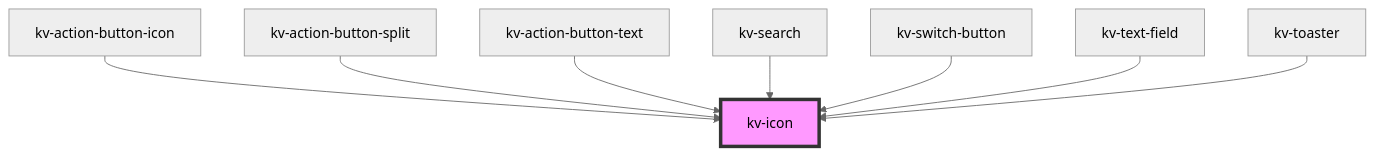
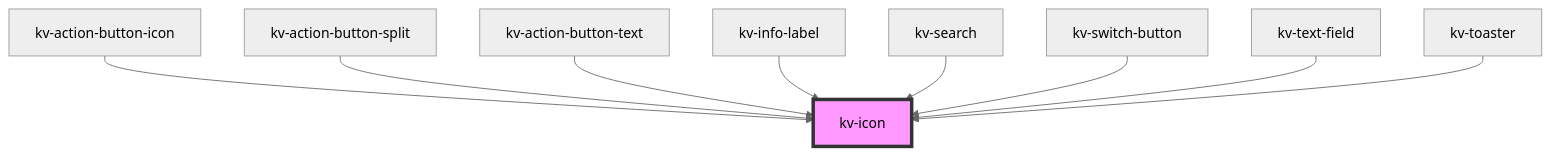
The diagram in packages/ui-components/src/components/icon/readme.md (kelvininc/ui-components), drawn with Mermaid (neutral theme) before and after one commit. The commit also changed other lines of this file and 18 other files, not shown here.

First line of the commit message:
feat(kv-info-label): add component kv-info-label

````diff
--- a/packages/ui-components/src/components/icon/readme.md
+++ b/packages/ui-components/src/components/icon/readme.md
@@ -127,11 +128,12 @@
 ```mermaid
 graph TD;
   kv-action-button-icon --> kv-icon
   kv-action-button-split --> kv-icon
   kv-action-button-text --> kv-icon
+  kv-info-label --> kv-icon
   kv-search --> kv-icon
   kv-switch-button --> kv-icon
   kv-text-field --> kv-icon
   kv-toaster --> kv-icon
   style kv-icon fill:#f9f,stroke:#333,stroke-width:4px
 ```
````
